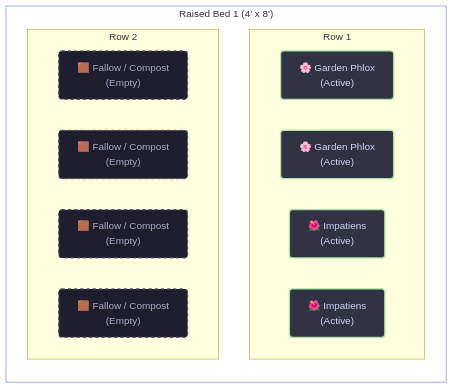
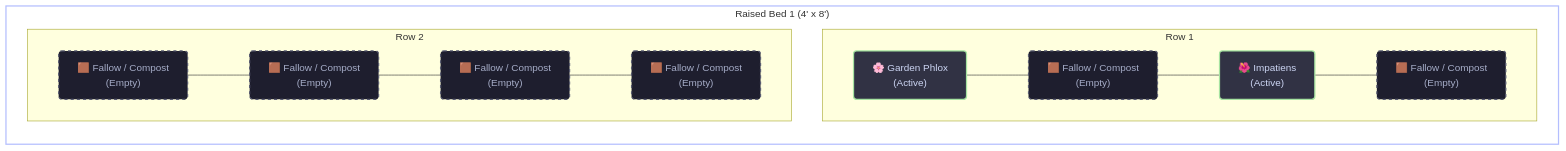
Before and after one commit to nicholaswilde/gardening: the diagram in docs/beds/raised-bed-1.md, drawn with Mermaid. The commit also changed other lines of this file and 11 other files, not shown here.

````diff
--- a/docs/beds/raised-bed-1.md
+++ b/docs/beds/raised-bed-1.md
@@ -14,35 +15,27 @@
 ```mermaid
 flowchart TD
     subgraph Bed ["Raised Bed 1 (4' x 8')"]
         direction TB
         subgraph Row1 ["Row 1"]
             direction LR
-            cell1_1["🌸 Garden Phlox<br>(Active)"]
-            cell1_2["🌸 Garden Phlox<br>(Active)"]
-            cell1_3["🌺 Impatiens<br>(Active)"]
-            cell1_4["🌺 Impatiens<br>(Active)"]
+            cell1_1["🌸 Garden Phlox<br>(Active)"] --- cell1_2["🟫 Fallow / Compost<br>(Empty)"] --- cell1_3["🌺 Impatiens<br>(Active)"] --- cell1_4["🟫 Fallow / Compost<br>(Empty)"]
         end
         subgraph Row2 ["Row 2"]
             direction LR
-            cell2_1["🟫 Fallow / Compost<br>(Empty)"]
-            cell2_2["🟫 Fallow / Compost<br>(Empty)"]
-            cell2_3["🟫 Fallow / Compost<br>(Empty)"]
-            cell2_4["🟫 Fallow / Compost<br>(Empty)"]
+            cell2_1["🟫 Fallow / Compost<br>(Empty)"] --- cell2_2["🟫 Fallow / Compost<br>(Empty)"] --- cell2_3["🟫 Fallow / Compost<br>(Empty)"] --- cell2_4["🟫 Fallow / Compost<br>(Empty)"]
         end
     end
 
     style Bed fill:transparent,stroke:#b4befe,stroke-width:2px
     style cell1_1 fill:#313244,stroke:#a6e3a1,stroke-width:2px,color:#cdd6f4,rx:5,ry:5
-    style cell1_2 fill:#313244,stroke:#a6e3a1,stroke-width:2px,color:#cdd6f4,rx:5,ry:5
+    style cell1_2 fill:#1e1e2e,stroke:#585b70,stroke-width:2px,color:#a6adc8,stroke-dasharray: 5 5,rx:5,ry:5
     style cell1_3 fill:#313244,stroke:#a6e3a1,stroke-width:2px,color:#cdd6f4,rx:5,ry:5
-    style cell1_4 fill:#313244,stroke:#a6e3a1,stroke-width:2px,color:#cdd6f4,rx:5,ry:5
+    style cell1_4 fill:#1e1e2e,stroke:#585b70,stroke-width:2px,color:#a6adc8,stroke-dasharray: 5 5,rx:5,ry:5
     style cell2_1 fill:#1e1e2e,stroke:#585b70,stroke-width:2px,color:#a6adc8,stroke-dasharray: 5 5,rx:5,ry:5
     style cell2_2 fill:#1e1e2e,stroke:#585b70,stroke-width:2px,color:#a6adc8,stroke-dasharray: 5 5,rx:5,ry:5
     style cell2_3 fill:#1e1e2e,stroke:#585b70,stroke-width:2px,color:#a6adc8,stroke-dasharray: 5 5,rx:5,ry:5
     style cell2_4 fill:#1e1e2e,stroke:#585b70,stroke-width:2px,color:#a6adc8,stroke-dasharray: 5 5,rx:5,ry:5
 
+    click cell1_3 "../plants/impatiens.md" "Impatiens Profile"
     click cell1_1 "../plants/garden-phlox.md" "Garden Phlox Profile"
-    click cell1_2 "../plants/garden-phlox.md" "Garden Phlox Profile"
-    click cell1_3 "../plants/impatiens.md" "Impatiens Profile"
-    click cell1_4 "../plants/impatiens.md" "Impatiens Profile"
 ```
````
